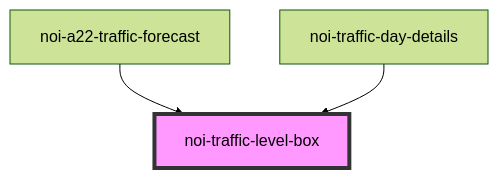
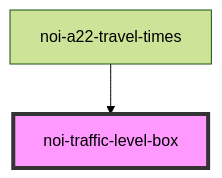
The diagram in src/a22-travel-times/partials/level-box/readme.md (noi-techpark/webcomp-a22-travel-times), drawn with Mermaid (forest theme) before and after one commit. The commit also changed other lines of this file and 2 other files, not shown here.

````diff
--- a/src/a22-travel-times/partials/level-box/readme.md
+++ b/src/a22-travel-times/partials/level-box/readme.md
@@ -33,6 +32,5 @@
 ```mermaid
 graph TD;
-  noi-a22-traffic-forecast --> noi-traffic-level-box
-  noi-traffic-day-details --> noi-traffic-level-box
+  noi-a22-travel-times --> noi-traffic-level-box
   style noi-traffic-level-box fill:#f9f,stroke:#333,stroke-width:4px
 ```
````
